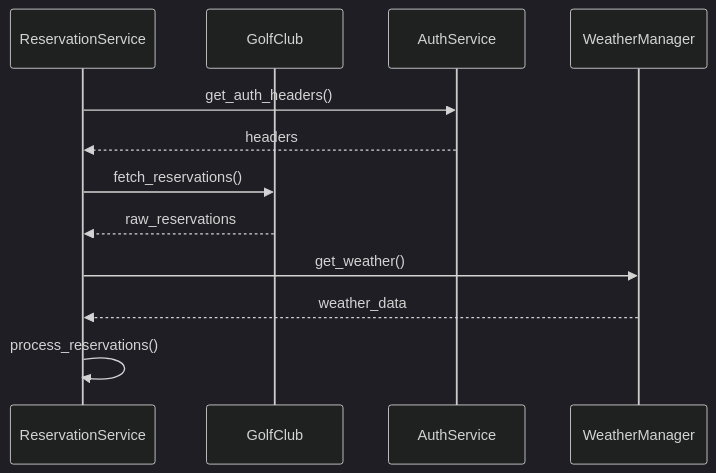
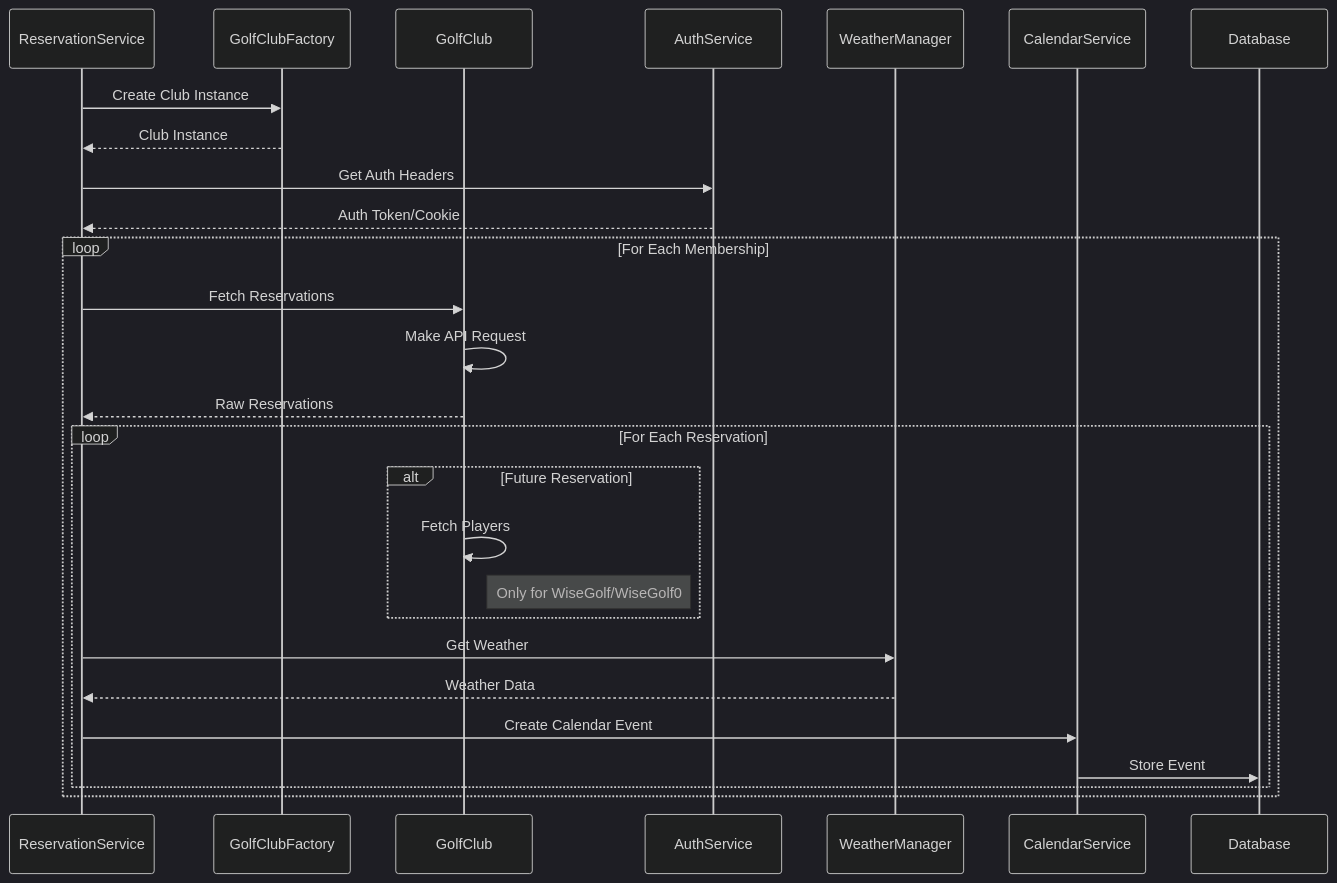
One commit to nasula/golfcal2 changed the second of 2 diagrams in docs/services/reservation/README.md. Above: the diagram before and after it, drawn with Mermaid (dark theme). The commit also changed other lines of this file and 3 other files, not shown here.

````diff
--- a/docs/services/reservation/README.md
+++ b/docs/services/reservation/README.md
@@ -79,15 +94,32 @@
 ```mermaid
 sequenceDiagram
     participant RS as ReservationService
+    participant GCF as GolfClubFactory
     participant GC as GolfClub
     participant AS as AuthService
     participant WM as WeatherManager
+    participant CS as CalendarService
+    participant DB as Database
     
-    RS->>AS: get_auth_headers()
-    AS-->>RS: headers
-    RS->>GC: fetch_reservations()
-    GC-->>RS: raw_reservations
-    RS->>WM: get_weather()
-    WM-->>RS: weather_data
-    RS->>RS: process_reservations()
+    RS->>GCF: Create Club Instance
+    GCF-->>RS: Club Instance
+    RS->>AS: Get Auth Headers
+    AS-->>RS: Auth Token/Cookie
+    
+    loop For Each Membership
+        RS->>GC: Fetch Reservations
+        GC->>GC: Make API Request
+        GC-->>RS: Raw Reservations
+        
+        loop For Each Reservation
+            alt Future Reservation
+                GC->>GC: Fetch Players
+                Note right of GC: Only for WiseGolf/WiseGolf0
+            end
+            RS->>WM: Get Weather
+            WM-->>RS: Weather Data
+            RS->>CS: Create Calendar Event
+            CS->>DB: Store Event
+        end
+    end
 ```
````
